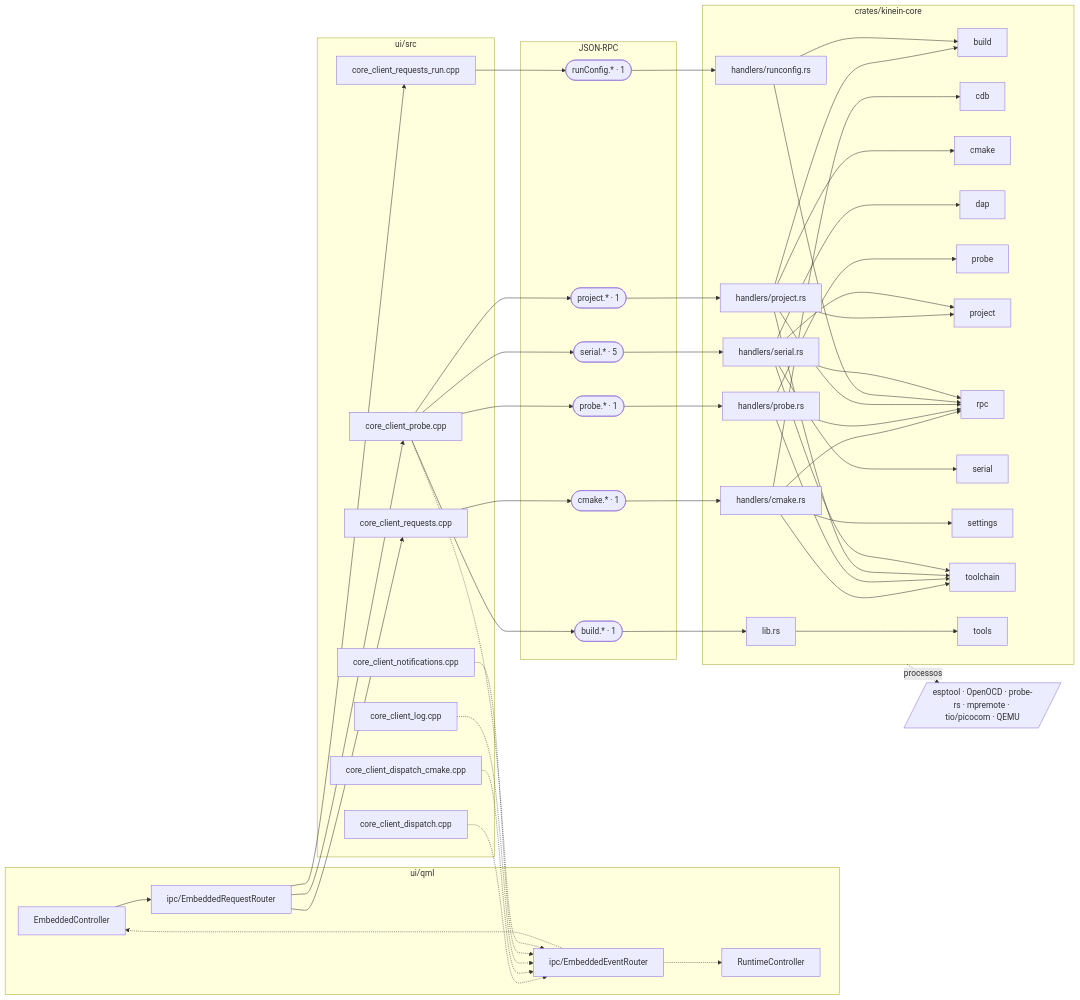
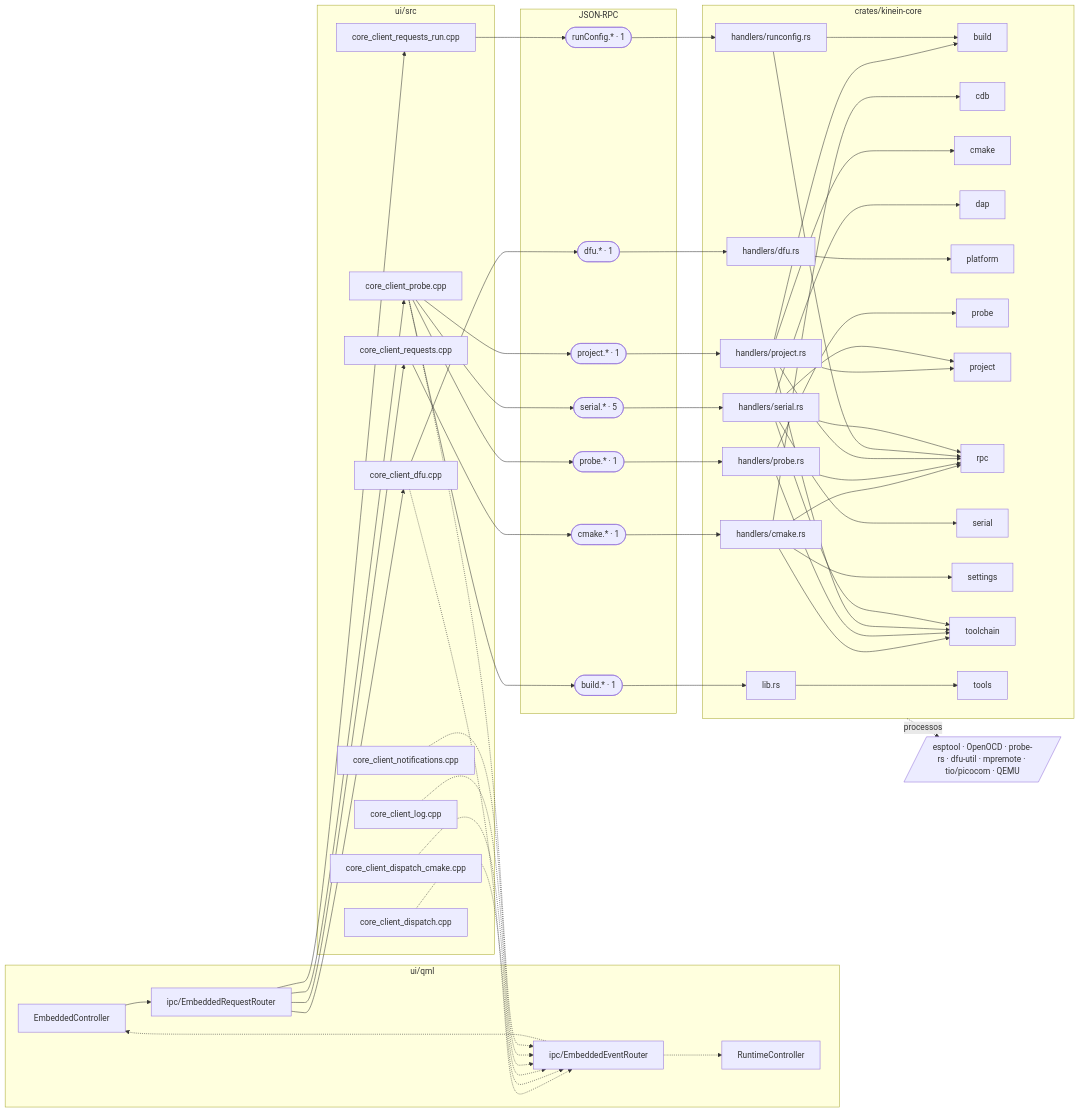
Before and after one commit to ViktorWalde/KineinVectis: the tenth of 16 diagrams in DocsPublic/arquitetura/01-mapa-de-modulos.md, drawn with Mermaid. The commit also changed other lines of this file and 39 other files, not shown here.

```diff
--- a/DocsPublic/arquitetura/01-mapa-de-modulos.md
+++ b/DocsPublic/arquitetura/01-mapa-de-modulos.md
@@ -935,6 +938,7 @@
     n_ui_qml_ipc_EmbeddedEventRouter_qml["ipc/EmbeddedEventRouter"]
   end
   subgraph CPP["ui/src"]
+    n_ui_src_core_client_dfu_cpp["core_client_dfu.cpp"]
     n_ui_src_core_client_dispatch_cpp["core_client_dispatch.cpp"]
     n_ui_src_core_client_dispatch_cmake_cpp["core_client_dispatch_cmake.cpp"]
     n_ui_src_core_client_log_cpp["core_client_log.cpp"]
@@ -946,6 +950,7 @@
   subgraph IPC["JSON-RPC"]
     n_ipc_build(["build.* · 1"])
     n_ipc_cmake(["cmake.* · 1"])
+    n_ipc_dfu(["dfu.* · 1"])
     n_ipc_probe(["probe.* · 1"])
     n_ipc_project(["project.* · 1"])
     n_ipc_runConfig(["runConfig.* · 1"])
@@ -953,6 +958,7 @@
   end
   subgraph CORE["crates/kinein-core"]
     n_crates_kinein_core_src_handlers_cmake_rs["handlers/cmake.rs"]
+    n_crates_kinein_core_src_handlers_dfu_rs["handlers/dfu.rs"]
     n_crates_kinein_core_src_handlers_probe_rs["handlers/probe.rs"]
     n_crates_kinein_core_src_handlers_project_rs["handlers/project.rs"]
     n_crates_kinein_core_src_handlers_runconfig_rs["handlers/runconfig.rs"]
@@ -962,6 +968,7 @@
     n_core_cdb[cdb]
     n_core_cmake[cmake]
     n_core_dap[dap]
+    n_core_platform[platform]
     n_core_probe[probe]
     n_core_project[project]
     n_core_rpc[rpc]
@@ -970,13 +977,16 @@
     n_core_toolchain[toolchain]
     n_core_tools[tools]
   end
-  n_tools_embedded[/"esptool · OpenOCD · probe-rs · mpremote · tio/picocom · QEMU"/]
+  n_tools_embedded[/"esptool · OpenOCD · probe-rs · dfu-util · mpremote · tio/picocom · QEMU"/]
   n_ui_qml_embedded_EmbeddedController_qml --> n_ui_qml_ipc_EmbeddedRequestRouter_qml
   n_ui_qml_ipc_EmbeddedEventRouter_qml -.-> n_ui_qml_embedded_EmbeddedController_qml
   n_ui_qml_ipc_EmbeddedEventRouter_qml -.-> n_ui_qml_runtime_RuntimeController_qml
+  n_ui_qml_ipc_EmbeddedRequestRouter_qml --> n_ui_src_core_client_dfu_cpp
   n_ui_qml_ipc_EmbeddedRequestRouter_qml --> n_ui_src_core_client_probe_cpp
   n_ui_qml_ipc_EmbeddedRequestRouter_qml --> n_ui_src_core_client_requests_cpp
   n_ui_qml_ipc_EmbeddedRequestRouter_qml --> n_ui_src_core_client_requests_run_cpp
+  n_ui_src_core_client_dfu_cpp --> n_ipc_dfu
+  n_ui_src_core_client_dfu_cpp -.-> n_ui_qml_ipc_EmbeddedEventRouter_qml
   n_ui_src_core_client_dispatch_cpp -.-> n_ui_qml_ipc_EmbeddedEventRouter_qml
   n_ui_src_core_client_dispatch_cmake_cpp -.-> n_ui_qml_ipc_EmbeddedEventRouter_qml
   n_ui_src_core_client_log_cpp -.-> n_ui_qml_ipc_EmbeddedEventRouter_qml
@@ -993,6 +1003,8 @@
   n_crates_kinein_core_src_handlers_cmake_rs --> n_core_rpc
   n_crates_kinein_core_src_handlers_cmake_rs --> n_core_settings
   n_crates_kinein_core_src_handlers_cmake_rs --> n_core_toolchain
+  n_ipc_dfu --> n_crates_kinein_core_src_handlers_dfu_rs
+  n_crates_kinein_core_src_handlers_dfu_rs --> n_core_platform
   n_ipc_probe --> n_crates_kinein_core_src_handlers_probe_rs
   n_crates_kinein_core_src_handlers_probe_rs --> n_core_probe
   n_crates_kinein_core_src_handlers_probe_rs --> n_core_rpc
```
